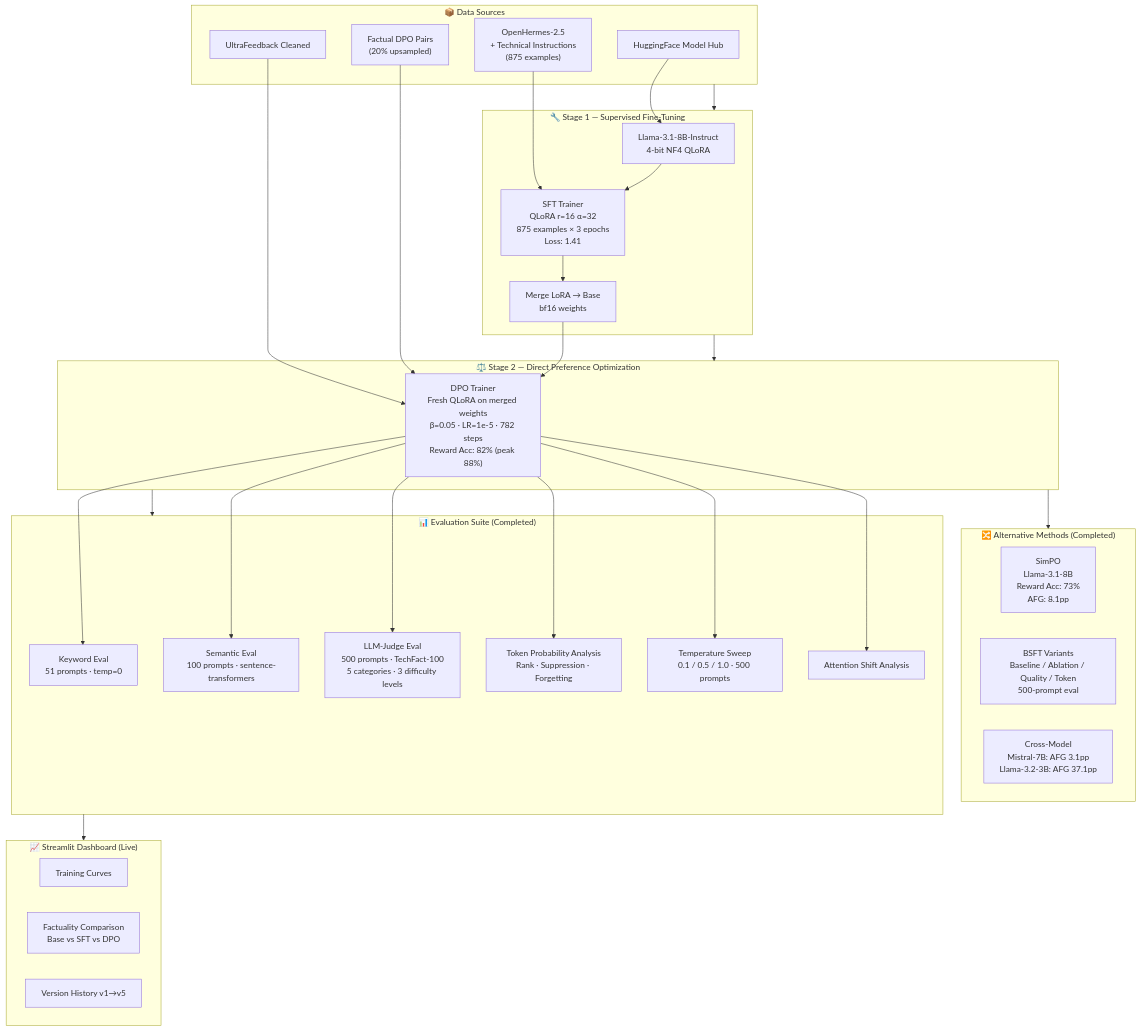
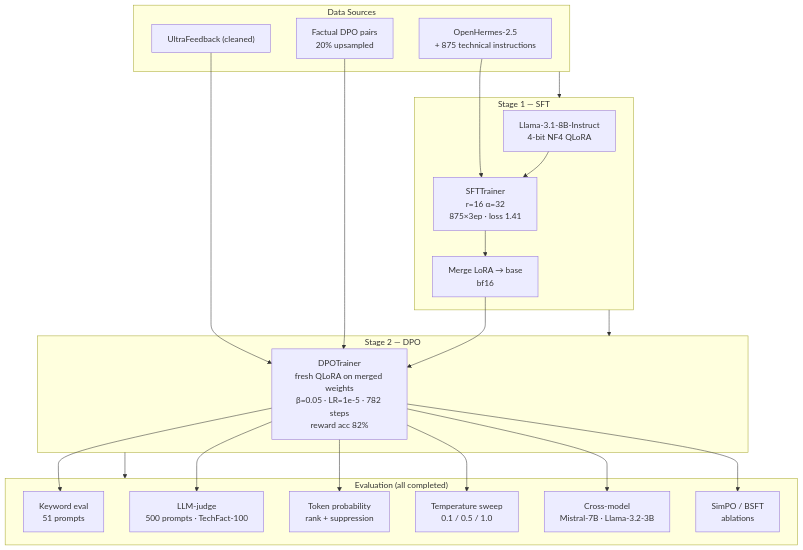
Before and after one commit to SantoshAdabala/distill-align-llm: the diagram in README.md, drawn with Mermaid. The commit also changed other lines of this file, not shown here.

````diff
--- a/README.md
+++ b/README.md
@@ -43,52 +116,35 @@
 ```mermaid
 flowchart TD
-    subgraph SOURCES["📦 Data Sources"]
-        HF["HuggingFace Model Hub"]
-        OH["OpenHermes-2.5\n+ Technical Instructions\n(875 examples)"]
-        UF["UltraFeedback Cleaned"]
-        FD["Factual DPO Pairs\n(20% upsampled)"]
+    subgraph SOURCES["Data Sources"]
+        OH["OpenHermes-2.5\n+ 875 technical instructions"]
+        UF["UltraFeedback (cleaned)"]
+        FD["Factual DPO pairs\n20% upsampled"]
     end
 
-    subgraph SFT_BLOCK["🔧 Stage 1 — Supervised Fine-Tuning"]
+    subgraph SFT["Stage 1 — SFT"]
         BASE["Llama-3.1-8B-Instruct\n4-bit NF4 QLoRA"]
-        SFT_T["SFT Trainer\nQLoRA r=16 α=32\n875 examples × 3 epochs\nLoss: 1.41"]
-        MERGE["Merge LoRA → Base\nbf16 weights"]
-        HF --> BASE
-        OH --> SFT_T
-        BASE --> SFT_T --> MERGE
+        SFTT["SFTTrainer\nr=16 α=32\n875×3ep · loss 1.41"]
+        MERGE["Merge LoRA → base\nbf16"]
+        OH --> SFTT
+        BASE --> SFTT --> MERGE
     end
 
-    subgraph DPO_BLOCK["⚖️ Stage 2 — Direct Preference Optimization"]
-        DPO_T["DPO Trainer\nFresh QLoRA on merged weights\nβ=0.05 · LR=1e-5 · 782 steps\nReward Acc: 82% (peak 88%)"]
-        UF --> DPO_T
-        FD --> DPO_T
-        MERGE --> DPO_T
+    subgraph DPO["Stage 2 — DPO"]
+        DPOT["DPOTrainer\nfresh QLoRA on merged weights\nβ=0.05 · LR=1e-5 · 782 steps\nreward acc 82%"]
+        UF --> DPOT
+        FD --> DPOT
+        MERGE --> DPOT
     end
 
-    subgraph ALT["🔀 Alternative Methods (Completed)"]
-        SIMPO["SimPO\nLlama-3.1-8B\nReward Acc: 73%\nAFG: 8.1pp"]
-        BSFT["BSFT Variants\nBaseline / Ablation / Quality / Token\n500-prompt eval"]
-        CROSS["Cross-Model\nMistral-7B: AFG 3.1pp\nLlama-3.2-3B: AFG 37.1pp"]
+    subgraph EVAL["Evaluation (all completed)"]
+        KW["Keyword eval\n51 prompts"]
+        JUDGE["LLM-judge\n500 prompts · TechFact-100"]
+        TOK["Token probability\nrank + suppression"]
+        TEMP["Temperature sweep\n0.1 / 0.5 / 1.0"]
+        CROSS["Cross-model\nMistral-7B · Llama-3.2-3B"]
+        SIM["SimPO / BSFT\nablations"]
+        DPOT --> KW & JUDGE & TOK & TEMP & CROSS & SIM
     end
 
-    subgraph EVAL_BLOCK["📊 Evaluation Suite (Completed)"]
-        KW["Keyword Eval\n51 prompts · temp=0"]
-        SEM["Semantic Eval\n100 prompts · sentence-transformers"]
-        JUDGE["LLM-Judge Eval\n500 prompts · TechFact-100\n5 categories · 3 difficulty levels"]
-        TOK["Token Probability Analysis\nRank · Suppression · Forgetting"]
-        TEMP["Temperature Sweep\n0.1 / 0.5 / 1.0 · 500 prompts"]
-        ATTN["Attention Shift Analysis"]
-        DPO_T --> KW & SEM & JUDGE & TOK & TEMP & ATTN
-    end
-
-    subgraph DASH["📈 Streamlit Dashboard (Live)"]
-        TC["Training Curves"]
-        FC["Factuality Comparison\nBase vs SFT vs DPO"]
-        VER["Version History v1→v5"]
-    end
-
-    SOURCES --> SFT_BLOCK --> DPO_BLOCK
-    DPO_BLOCK --> ALT
-    DPO_BLOCK --> EVAL_BLOCK
-    EVAL_BLOCK --> DASH
+    SOURCES --> SFT --> DPO --> EVAL
 ```
````
